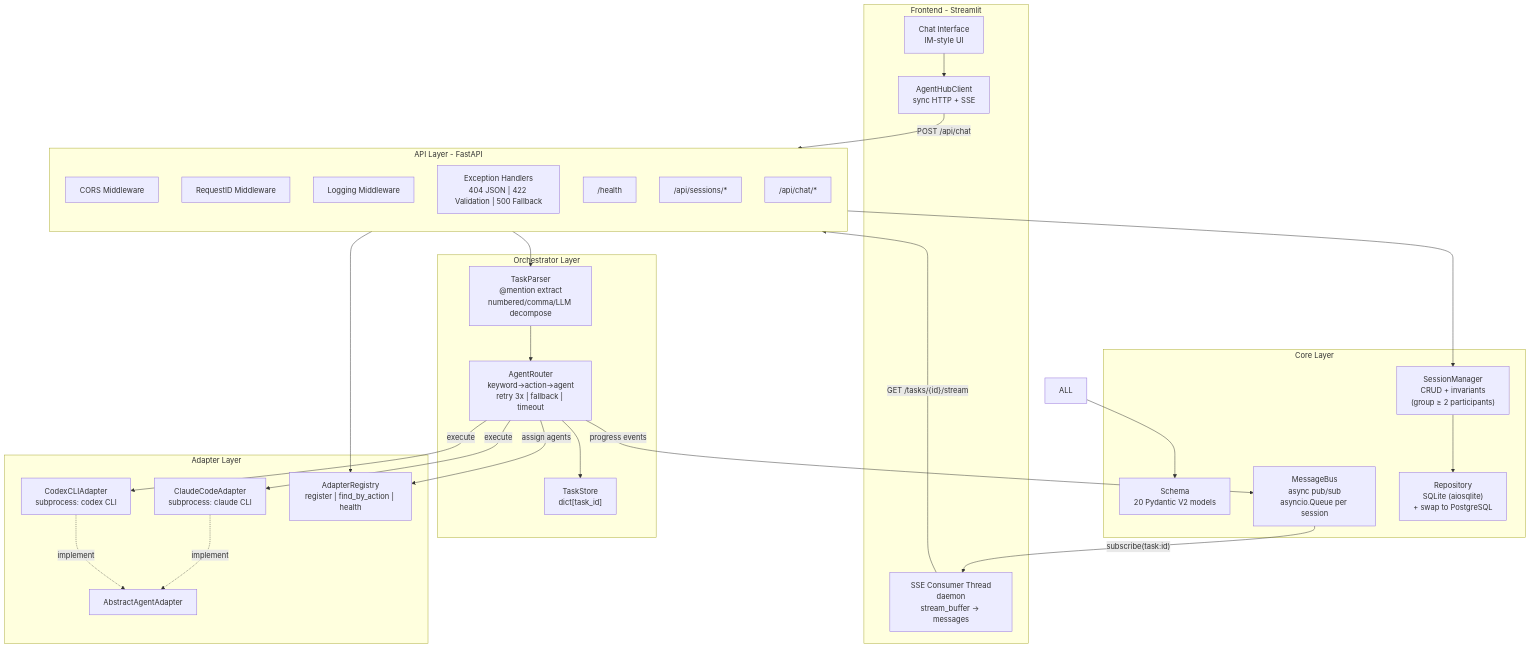
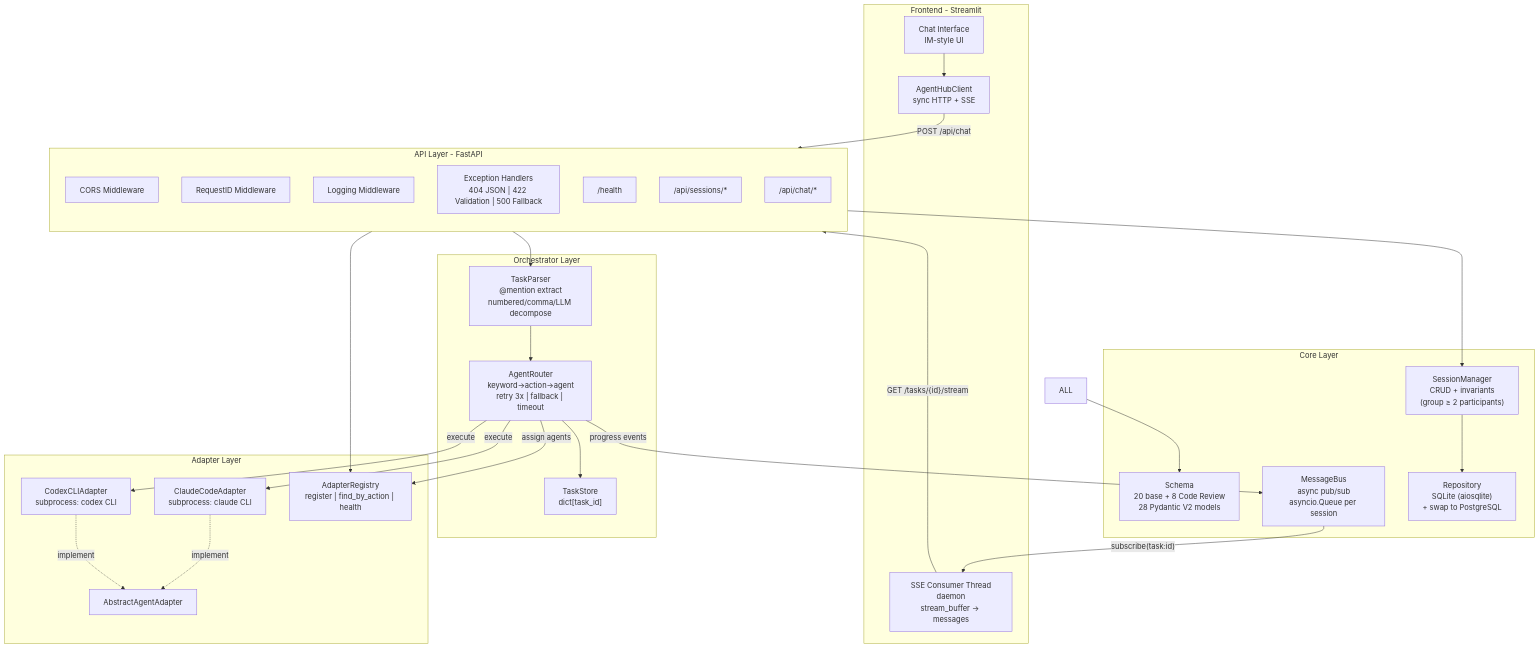
Before and after one commit to quannie255-star/AgentHub: the first of 5 diagrams in docs/ARCHITECTURE.md, drawn with Mermaid. The commit also changed other lines of this file and 2 other files, not shown here.

First line of the commit message:
docs: update all docs for v0.2.0 Code Review product line

````diff
--- a/docs/ARCHITECTURE.md
+++ b/docs/ARCHITECTURE.md
@@ -15,61 +15,61 @@
 ```mermaid
 graph TD
     subgraph FRONTEND["Frontend - Streamlit"]
         UI["Chat Interface<br/>IM-style UI"]
         CLIENT["AgentHubClient<br/>sync HTTP + SSE"]
         STHREAD["SSE Consumer Thread<br/>daemon<br/>stream_buffer → messages"]
     end
 
     subgraph API["API Layer - FastAPI"]
         direction TB
         MW1["CORS Middleware"]
         MW2["RequestID Middleware"]
         MW3["Logging Middleware"]
         EH["Exception Handlers<br/>404 JSON | 422 Validation | 500 Fallback"]
         R_HEALTH["/health"]
         R_SESSION["/api/sessions/*"]
         R_CHAT["/api/chat/*"]
     end
 
     subgraph ORCH["Orchestrator Layer"]
         PARSER["TaskParser<br/>@mention extract<br/>numbered/comma/LLM decompose"]
         ROUTER["AgentRouter<br/>keyword→action→agent<br/>retry 3x | fallback | timeout"]
         TSTORE["TaskStore<br/>dict[task_id]"]
     end
 
     subgraph ADAPTERS["Adapter Layer"]
         ABC["AbstractAgentAdapter"]
         CLAUDE["ClaudeCodeAdapter<br/>subprocess: claude CLI"]
         CODEX["CodexCLIAdapter<br/>subprocess: codex CLI"]
         REG["AdapterRegistry<br/>register | find_by_action | health"]
     end
 
     subgraph CORE["Core Layer"]
-        SCHEMA["Schema<br/>20 Pydantic V2 models"]
+        SCHEMA["Schema<br/>20 base + 8 Code Review<br/>28 Pydantic V2 models"]
         MB["MessageBus<br/>async pub/sub<br/>asyncio.Queue per session"]
         SM["SessionManager<br/>CRUD + invariants<br/>(group ≥ 2 participants)"]
         REPO["Repository<br/>SQLite (aiosqlite)<br/>+ swap to PostgreSQL"]
     end
 
     UI --> CLIENT
     CLIENT -->|"POST /api/chat"| R_CHAT
     STHREAD -->|"GET /tasks/{id}/stream"| R_CHAT
 
     R_CHAT --> PARSER
     R_SESSION --> SM
     R_HEALTH --> REG
 
     PARSER --> ROUTER
     ROUTER -->|"assign agents"| REG
     ROUTER -->|"execute"| CLAUDE
     ROUTER -->|"execute"| CODEX
     CLAUDE & CODEX -.->|"implement"| ABC
 
     ROUTER --> TSTORE
     ROUTER -->|"progress events"| MB
     MB -->|"subscribe(task:id)"| STHREAD
 
     SM --> REPO
 
     ALL --> SCHEMA
 ```
````
